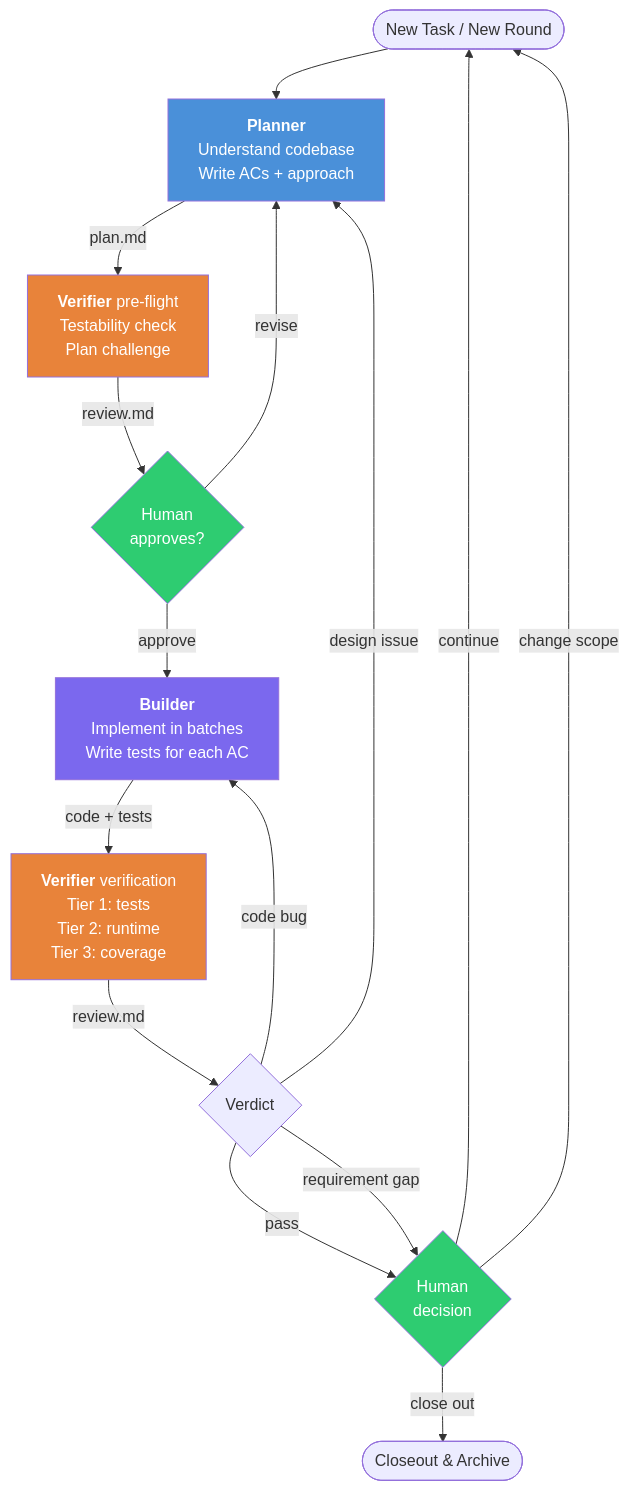
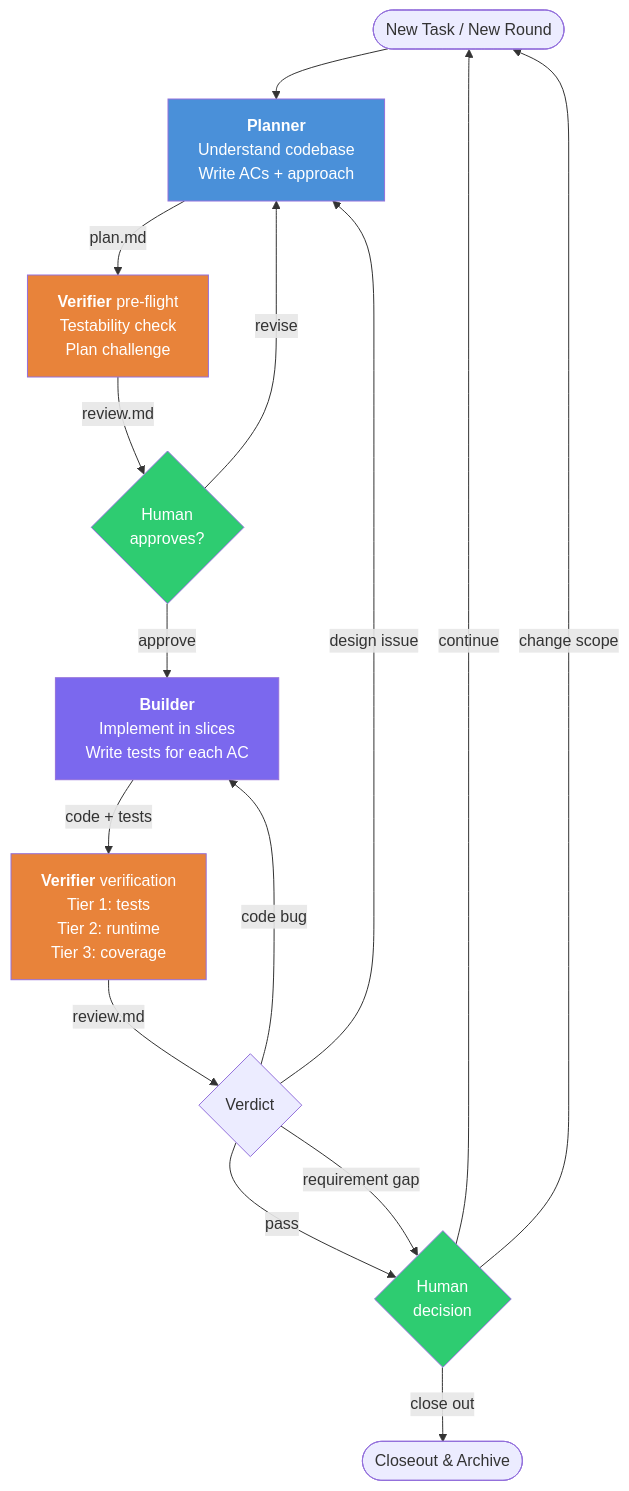
Before and after one commit to hex1n/baton: the first of 2 diagrams in README.md, drawn with Mermaid. The commit also changed other lines of this file and 31 other files, not shown here.

````diff
--- a/README.md
+++ b/README.md
@@ -91,29 +91,29 @@
 ```mermaid
 flowchart TD
     Start([New Task / New Round]) --> Planner
     Planner["<b>Planner</b><br/>Understand codebase<br/>Write ACs + approach"] -->|plan.md| PreFlight
     PreFlight["<b>Verifier</b> pre-flight<br/>Testability check<br/>Plan challenge"] -->|review.md| HumanApprove
     HumanApprove{Human<br/>approves?}
     HumanApprove -->|revise| Planner
     HumanApprove -->|approve| Builder
-    Builder["<b>Builder</b><br/>Implement in batches<br/>Write tests for each AC"] -->|code + tests| Verify
+    Builder["<b>Builder</b><br/>Implement in slices<br/>Write tests for each AC"] -->|code + tests| Verify
     Verify["<b>Verifier</b> verification<br/>Tier 1: tests<br/>Tier 2: runtime<br/>Tier 3: coverage"] -->|review.md| Verdict
 
     Verdict{Verdict}
     Verdict -->|"pass"| HumanNext
     Verdict -->|"code bug"| Builder
     Verdict -->|"design issue"| Planner
     Verdict -->|"requirement gap"| HumanNext
 
     HumanNext{Human<br/>decision}
     HumanNext -->|continue| Start
     HumanNext -->|change scope| Start
     HumanNext -->|close out| Archive([Closeout & Archive])
 
     style Planner fill:#4A90D9,color:#fff
     style Builder fill:#7B68EE,color:#fff
     style PreFlight fill:#E8833A,color:#fff
     style Verify fill:#E8833A,color:#fff
     style HumanApprove fill:#2ECC71,color:#fff
     style HumanNext fill:#2ECC71,color:#fff
 ```
````
